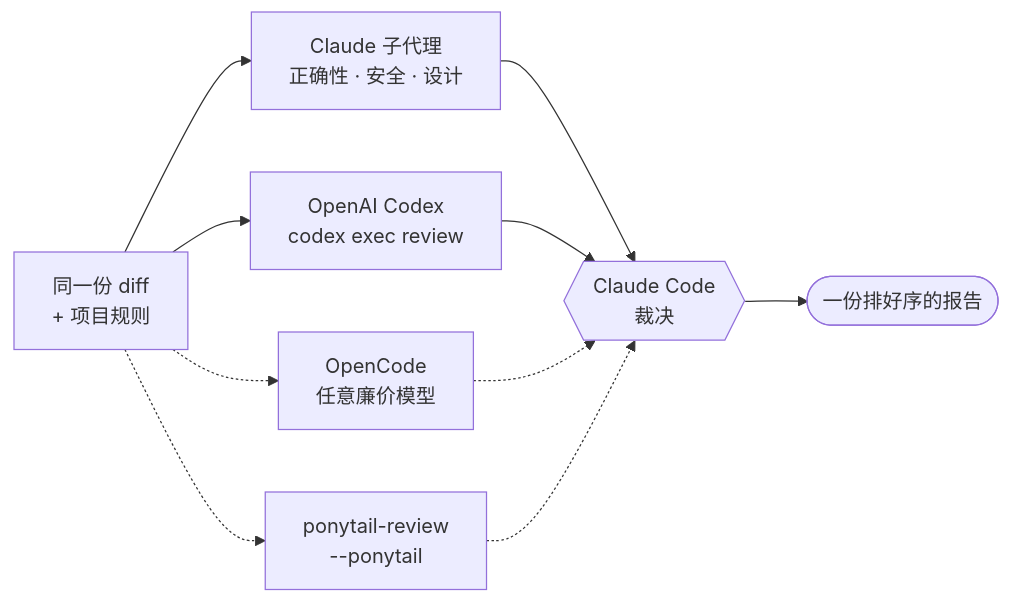
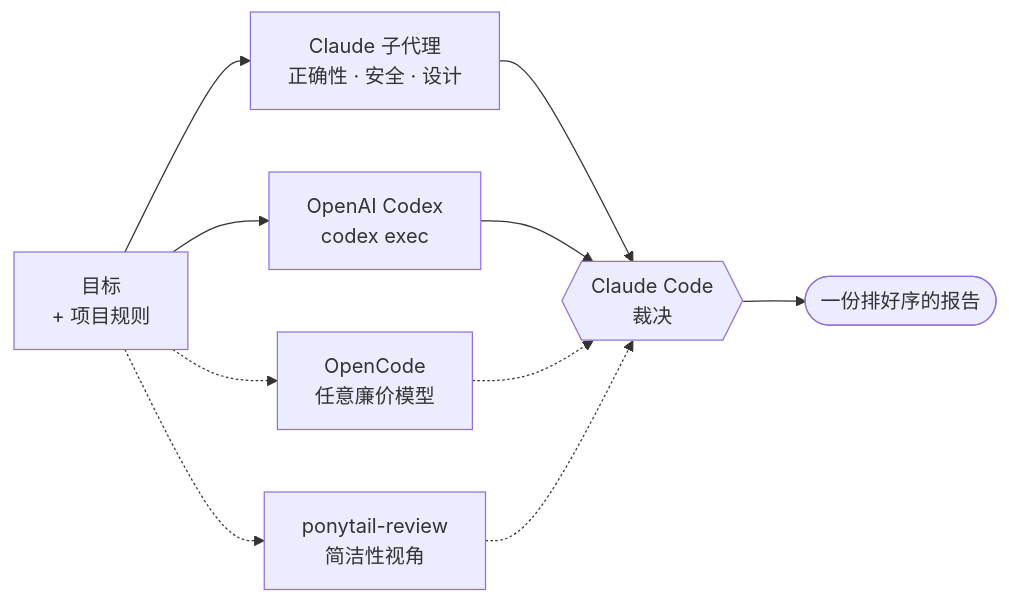
One commit to szarkans/multi changed the diagram in README.zh.md. Above: the diagram before and after it, drawn with Mermaid. The commit also changed other lines of this file and 13 other files, not shown here.

First line of the commit message:
Review whatever is named, not only a diff

````diff
--- a/README.zh.md
+++ b/README.zh.md
@@ -61,16 +65,16 @@
 ```mermaid
 flowchart LR
-    IN["同一份 diff<br/>+ 项目规则"]
+    IN["目标<br/>+ 项目规则"]
     CL["Claude 子代理<br/>正确性 · 安全 · 设计"]
-    CX["OpenAI Codex<br/>codex exec review"]
+    CX["OpenAI Codex<br/>codex exec"]
     OC["OpenCode<br/>任意廉价模型"]
-    PT["ponytail-review<br/>--ponytail"]
+    PT["ponytail-review<br/>简洁性视角"]
     J{{"Claude Code<br/>裁决"}}
     R(["一份排好序的报告"])
 
     IN --> CL --> J
     IN --> CX --> J
     IN -.-> OC -.-> J
     IN -.-> PT -.-> J
     J --> R
 ```
````
